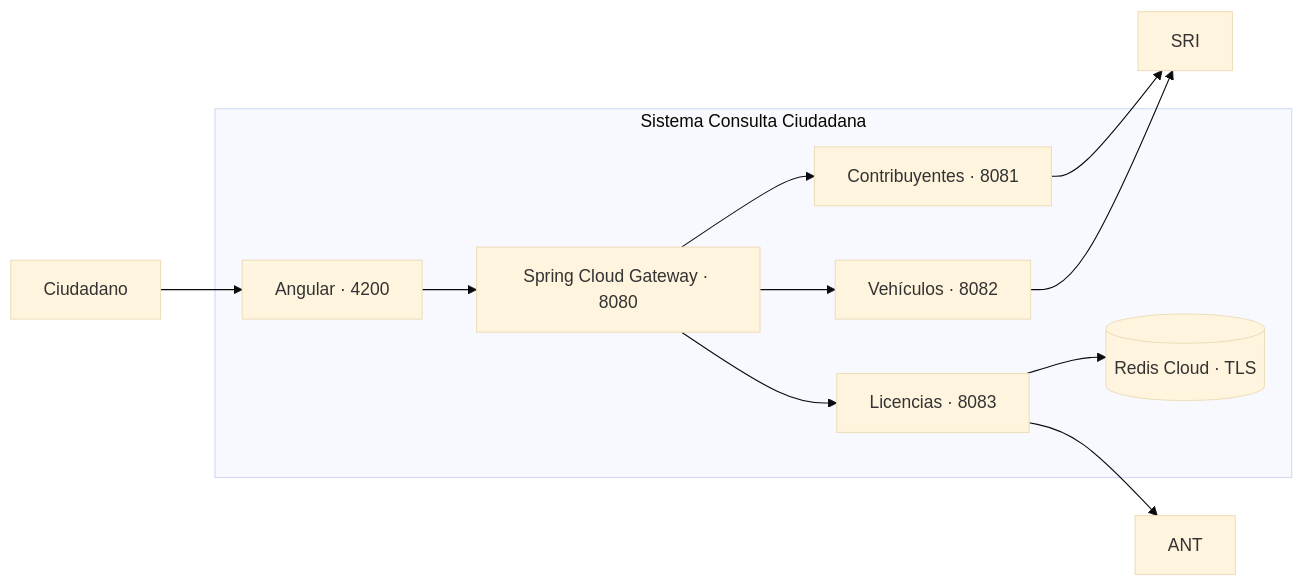
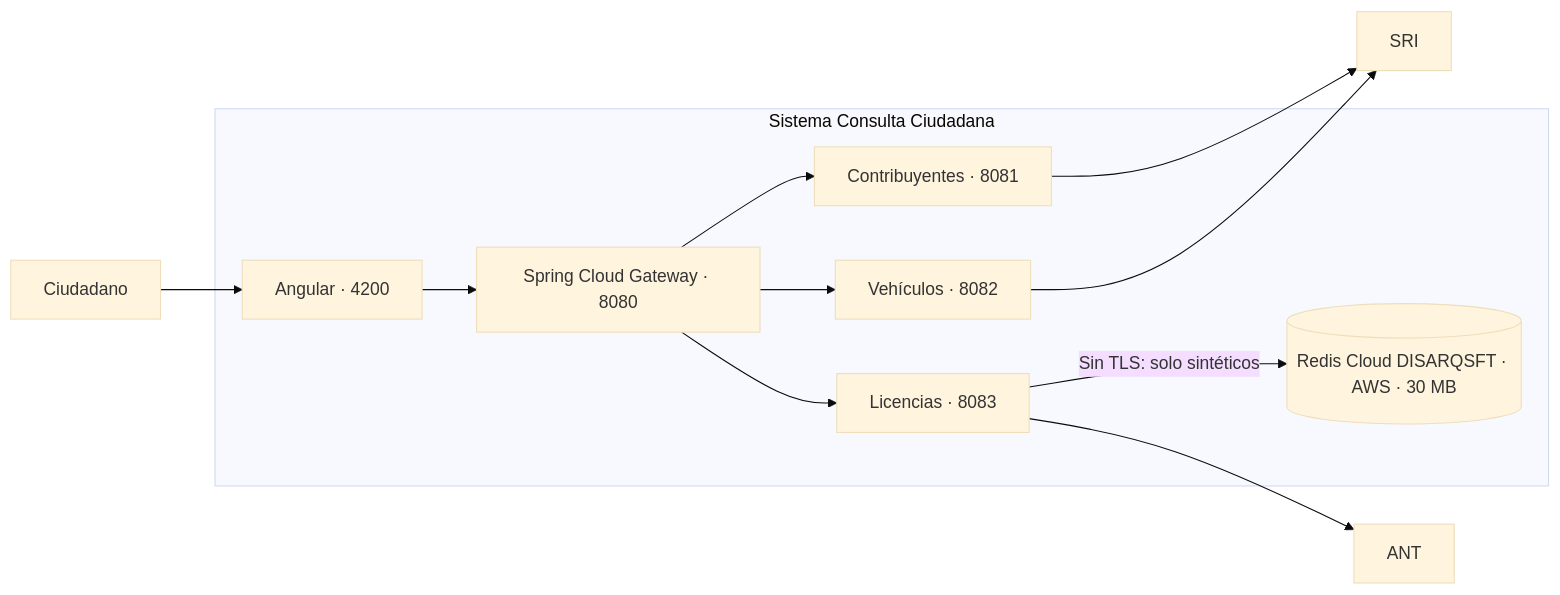
One commit to JosueRamses/Arquitectura-C4 changed the second of 5 diagrams in docs/arquitectura/diagramas.md. Above: the diagram before and after it, drawn with Mermaid (base theme). The commit also changed other lines of this file and 13 other files, not shown here.

Commit message:
Configura Redis Cloud y verifica resiliencia con datos sinteticos

````diff
--- a/docs/arquitectura/diagramas.md
+++ b/docs/arquitectura/diagramas.md
@@ -12,14 +12,14 @@
 ```mermaid
 flowchart LR
  ciudadano[Ciudadano] --> frontend[Angular · 4200]
  subgraph consulta[Sistema Consulta Ciudadana]
  frontend --> gateway[Spring Cloud Gateway · 8080]
  gateway --> contribuyentes[Contribuyentes · 8081]
  gateway --> vehiculos[Vehículos · 8082]
  gateway --> licencias[Licencias · 8083]
- licencias --> redis[(Redis Cloud · TLS)]
+ licencias -->|Sin TLS: solo sintéticos| redis[(Redis Cloud DISARQSFT · AWS · 30 MB)]
  end
  contribuyentes --> sri[SRI]
  vehiculos --> sri
  licencias --> ant[ANT]
 ```
````
